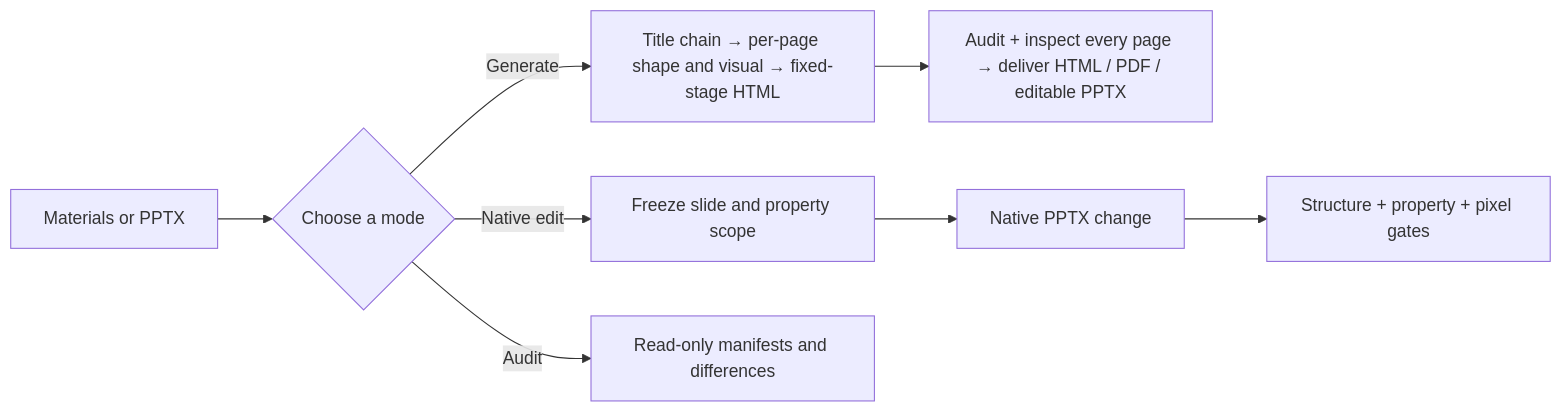
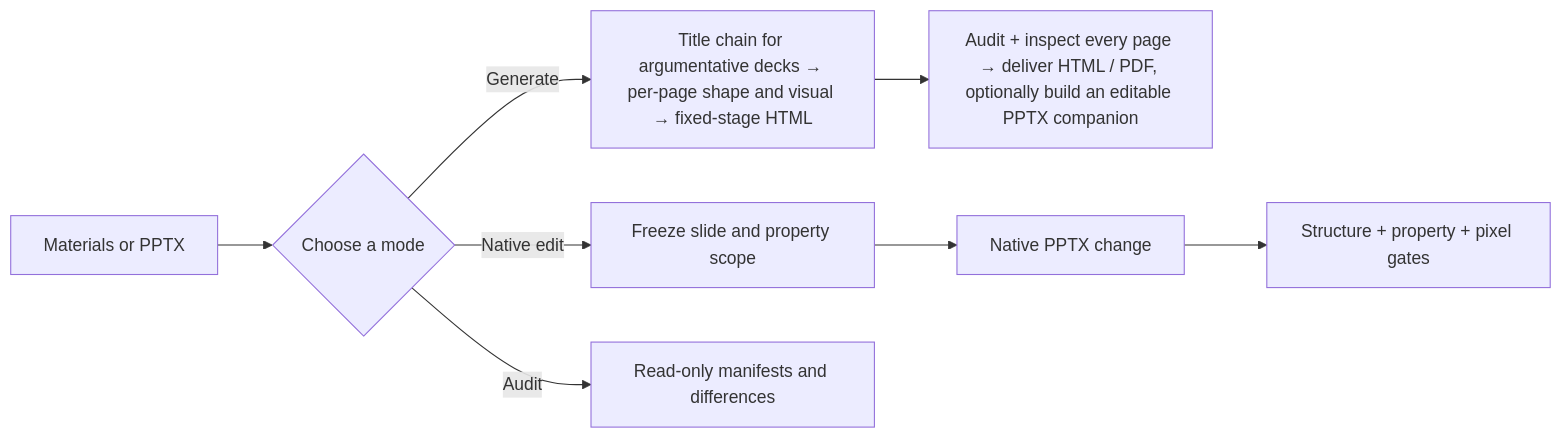
One commit to jiefeis/deck-forge changed the diagram in .github/README.en.md. Above: the diagram before and after it, drawn with Mermaid. The commit also changed other lines of this file and 1 other file, not shown here.

````diff
--- a/.github/README.en.md
+++ b/.github/README.en.md
@@ -44,10 +44,10 @@
 ```mermaid
 flowchart LR
     A[Materials or PPTX] --> B{Choose a mode}
-    B -->|Generate| C[Title chain → per-page shape and visual → fixed-stage HTML]
-    C --> D[Audit + inspect every page → deliver HTML / PDF / editable PPTX]
+    B -->|Generate| C[Title chain for argumentative decks → per-page shape and visual → fixed-stage HTML]
+    C --> D[Audit + inspect every page → deliver HTML / PDF, optionally build an editable PPTX companion]
     B -->|Native edit| E[Freeze slide and property scope]
     E --> F[Native PPTX change]
     F --> G[Structure + property + pixel gates]
     B -->|Audit| H[Read-only manifests and differences]
 ```
````
